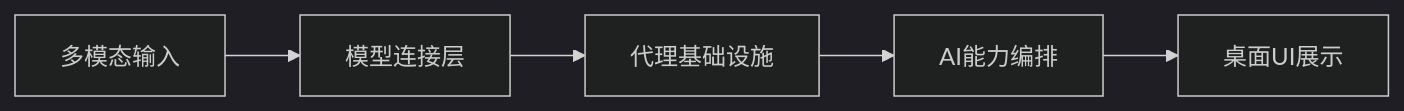
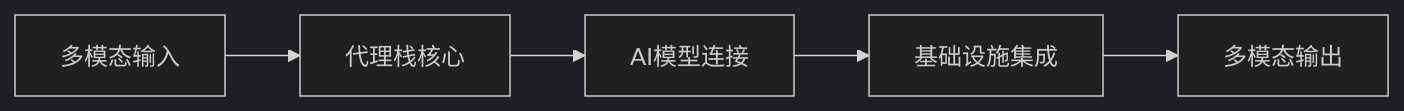
The third of 5 diagrams in reports/2026/01/2026-01-12.md (wayyoungboy/github-trending-reporter), drawn with Mermaid (dark theme) before and after one commit. The commit also changed other lines of this file and 1 other file, not shown here.

````diff
--- a/reports/2026/01/2026-01-12.md
+++ b/reports/2026/01/2026-01-12.md
@@ -166,7 +161,7 @@
 ```mermaid
 graph LR
-    A[多模态输入] --> B[模型连接层]
-    B --> C[代理基础设施]
-    C --> D[AI能力编排]
-    D --> E[桌面UI展示]
+    A[多模态输入] --> B[代理栈核心]
+    B --> C[AI模型连接]
+    C --> D[基础设施集成]
+    D --> E[多模态输出]
 ```
````
